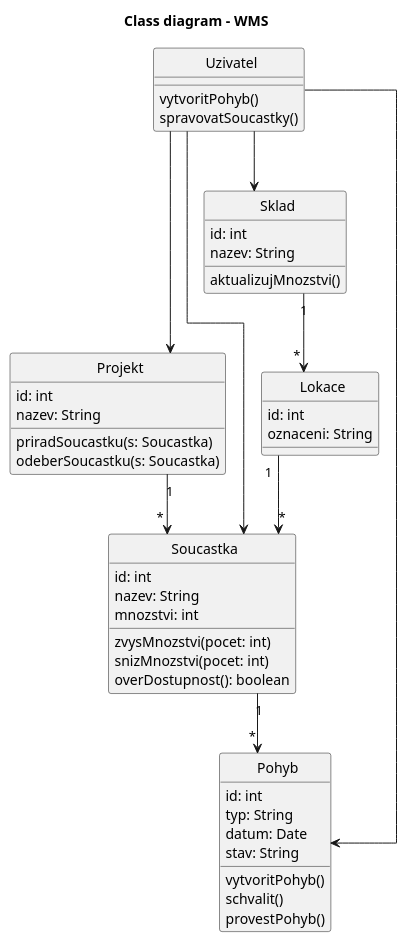
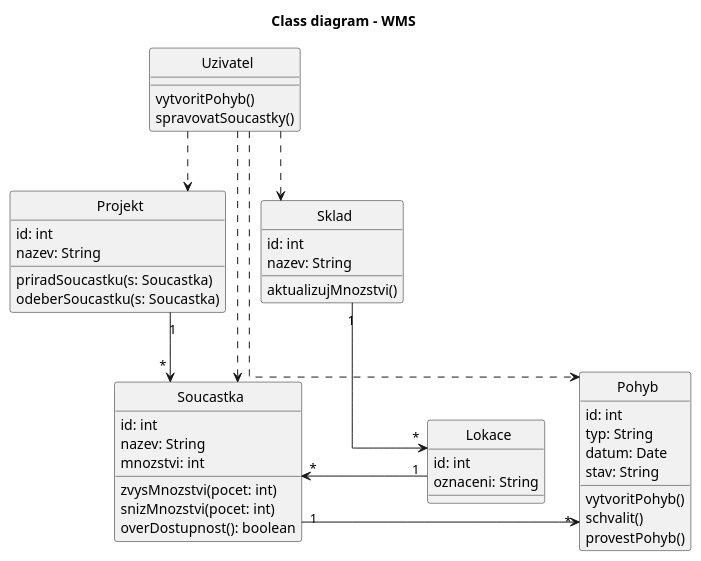
Before and after one commit to lkvapil/wms-elektronicke-soucastky: the diagram in diagrams/02_class_diagram.puml, drawn with PlantUML. The commit also changed 2 other files, not shown here.

Commit message:
refactor: prehlédnějsi layout class diagramu, prehledovaci sipky

```diff
--- a/diagrams/02_class_diagram.puml
+++ b/diagrams/02_class_diagram.puml
@@ -1,64 +1,63 @@
 @startuml
 title Class diagram - WMS
-top to bottom direction
 skinparam linetype ortho
 skinparam classAttributeIconSize 0
 skinparam CircledCharacterRadius 0
 skinparam CircledCharacterFontSize 0
 
 class Uzivatel {
   vytvoritPohyb()
   spravovatSoucastky()
 }
 
-class Projekt {
-  id: int
-  nazev: String
+together {
+  class Projekt {
+    id: int
+    nazev: String
+    priradSoucastku(s: Soucastka)
+    odeberSoucastku(s: Soucastka)
+  }
 
-  priradSoucastku(s: Soucastka)
-  odeberSoucastku(s: Soucastka)
+  class Soucastka {
+    id: int
+    nazev: String
+    mnozstvi: int
+    zvysMnozstvi(pocet: int)
+    snizMnozstvi(pocet: int)
+    overDostupnost(): boolean
+  }
+
+  class Sklad {
+    id: int
+    nazev: String
+    aktualizujMnozstvi()
+  }
 }
 
-class Soucastka {
-  id: int
-  nazev: String
-  mnozstvi: int
+together {
+  class Pohyb {
+    id: int
+    typ: String
+    datum: Date
+    stav: String
+    vytvoritPohyb()
+    schvalit()
+    provestPohyb()
+  }
 
-  zvysMnozstvi(pocet: int)
-  snizMnozstvi(pocet: int)
-  overDostupnost(): boolean
+  class Lokace {
+    id: int
+    oznaceni: String
+  }
 }
 
-class Pohyb {
-  id: int
-  typ: String
-  datum: Date
-  stav: String
-
-  vytvoritPohyb()
-  schvalit()
-  provestPohyb()
-}
-
-class Sklad {
-  id: int
-  nazev: String
-
-  aktualizujMnozstvi()
-}
-
-class Lokace {
-  id: int
-  oznaceni: String
-}
-
-Uzivatel --> Pohyb
-Uzivatel --> Soucastka
-Uzivatel --> Projekt
-Uzivatel --> Sklad
+Uzivatel ..> Pohyb
+Uzivatel ..> Soucastka
+Uzivatel ..> Projekt
+Uzivatel ..> Sklad
 Projekt "1" --> "*" Soucastka
 Soucastka "1" --> "*" Pohyb
 Sklad "1" --> "*" Lokace
 Lokace "1" --> "*" Soucastka
 
 @enduml
```
